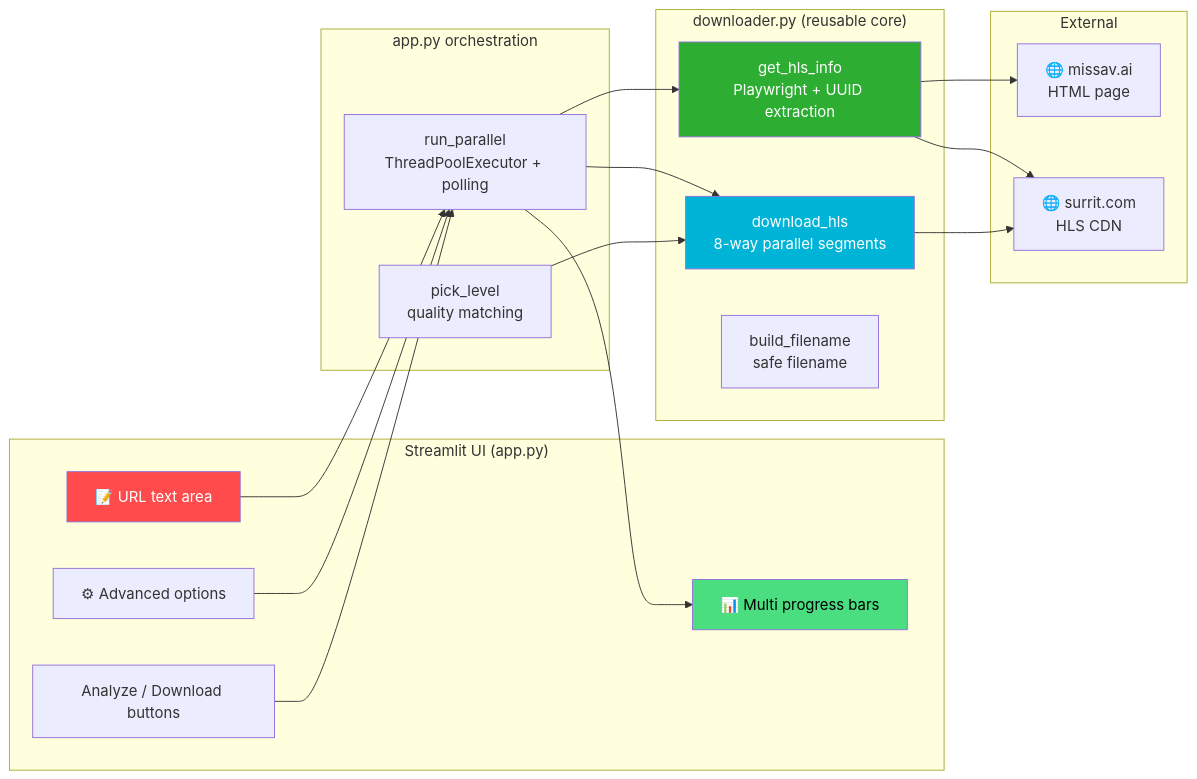
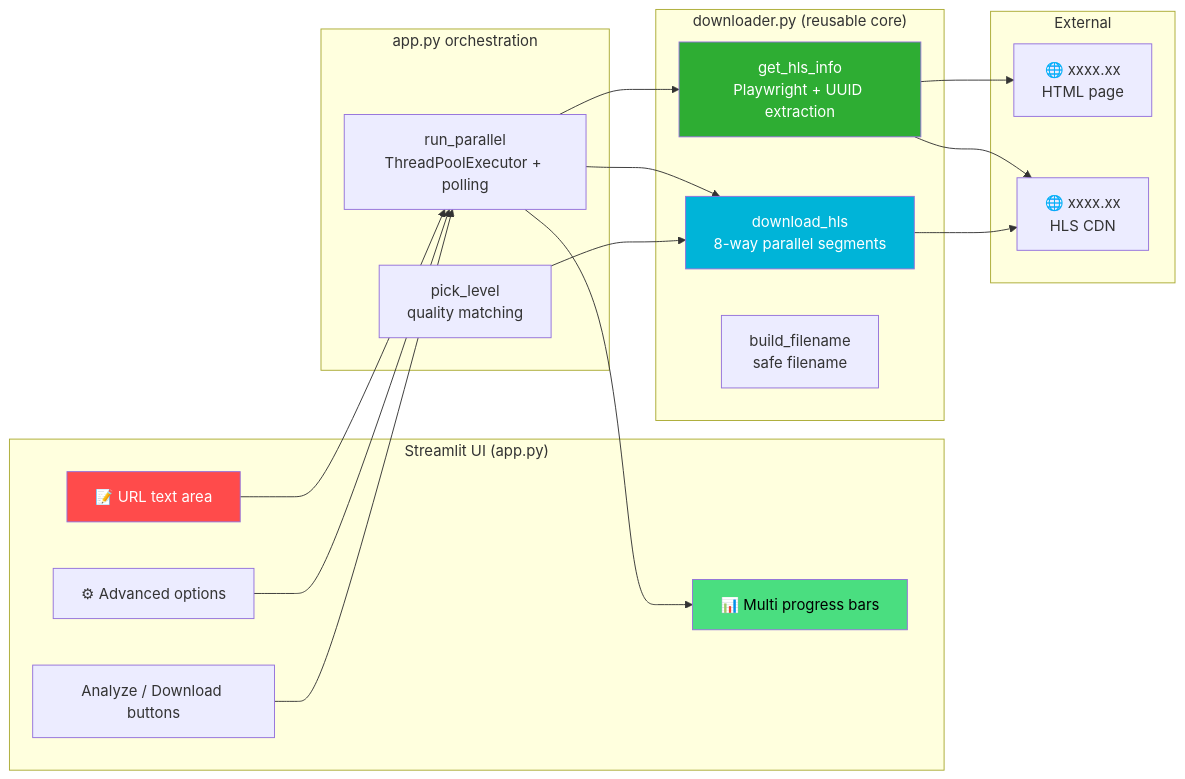
One commit to izowooi/creative-plate changed the second of 4 diagrams in crawl-video/README_EN.md. Above: the diagram before and after it, drawn with Mermaid. The commit also changed other lines of this file and 1 other file, not shown here.

````diff
--- a/crawl-video/README_EN.md
+++ b/crawl-video/README_EN.md
@@ -123,41 +123,41 @@
 ```mermaid
 graph LR
     subgraph UI["Streamlit UI (app.py)"]
         TXT[📝 URL text area]
         OPT[⚙ Advanced options]
         BTN[Analyze / Download buttons]
         BAR[📊 Multi progress bars]
     end
 
     subgraph Core["downloader.py (reusable core)"]
         GHI[get_hls_info<br/>Playwright + UUID extraction]
         DH[download_hls<br/>8-way parallel segments]
         BF[build_filename<br/>safe filename]
     end
 
     subgraph Orchestration["app.py orchestration"]
         RP[run_parallel<br/>ThreadPoolExecutor + polling]
         PL[pick_level<br/>quality matching]
     end
 
     subgraph External["External"]
-        MA[🌐 missav.ai<br/>HTML page]
-        SU[🌐 surrit.com<br/>HLS CDN]
+        MA[🌐 xxxx.xx<br/>HTML page]
+        SU[🌐 xxxx.xx<br/>HLS CDN]
     end
 
     TXT --> RP
     OPT --> RP
     BTN --> RP
     RP --> GHI
     RP --> DH
     RP --> BAR
     GHI --> MA
     GHI --> SU
     DH --> SU
     PL --> DH
 
     style TXT fill:#ff4b4b,color:#fff
     style GHI fill:#2ead33,color:#fff
     style DH fill:#00b4d8,color:#fff
     style BAR fill:#4ade80,color:#000
 ```
````
